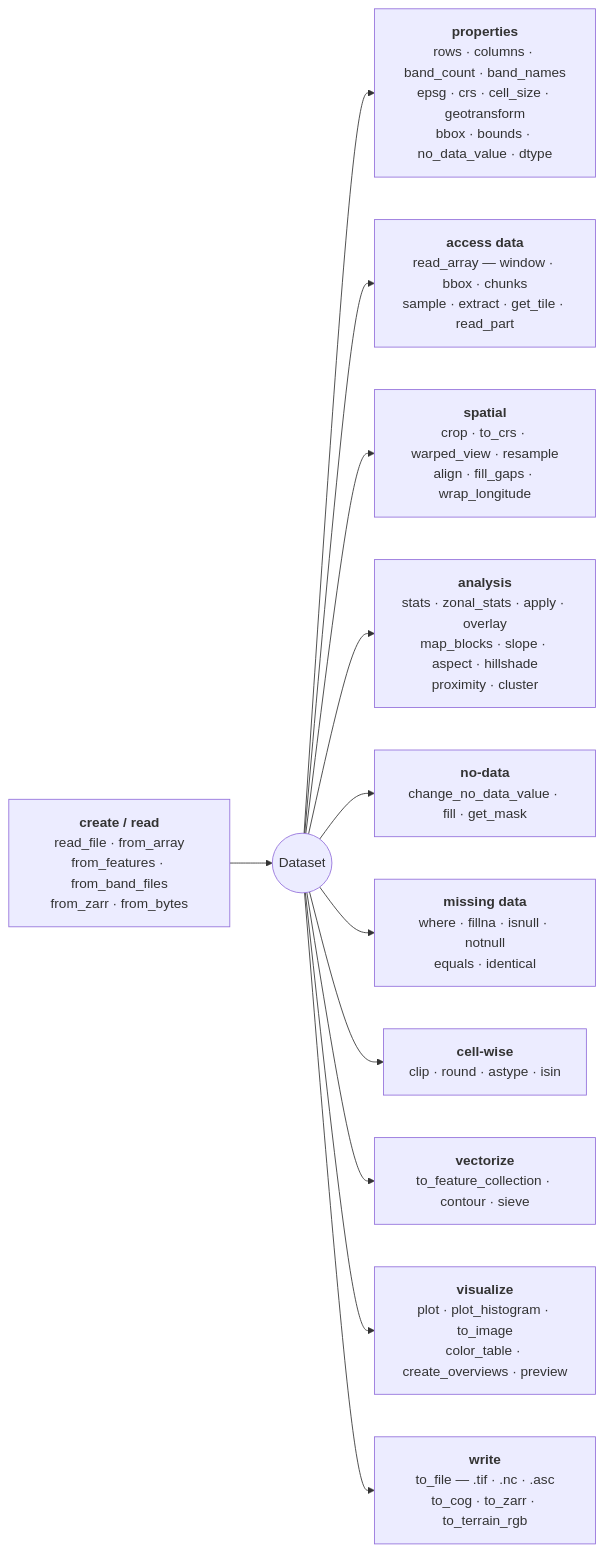
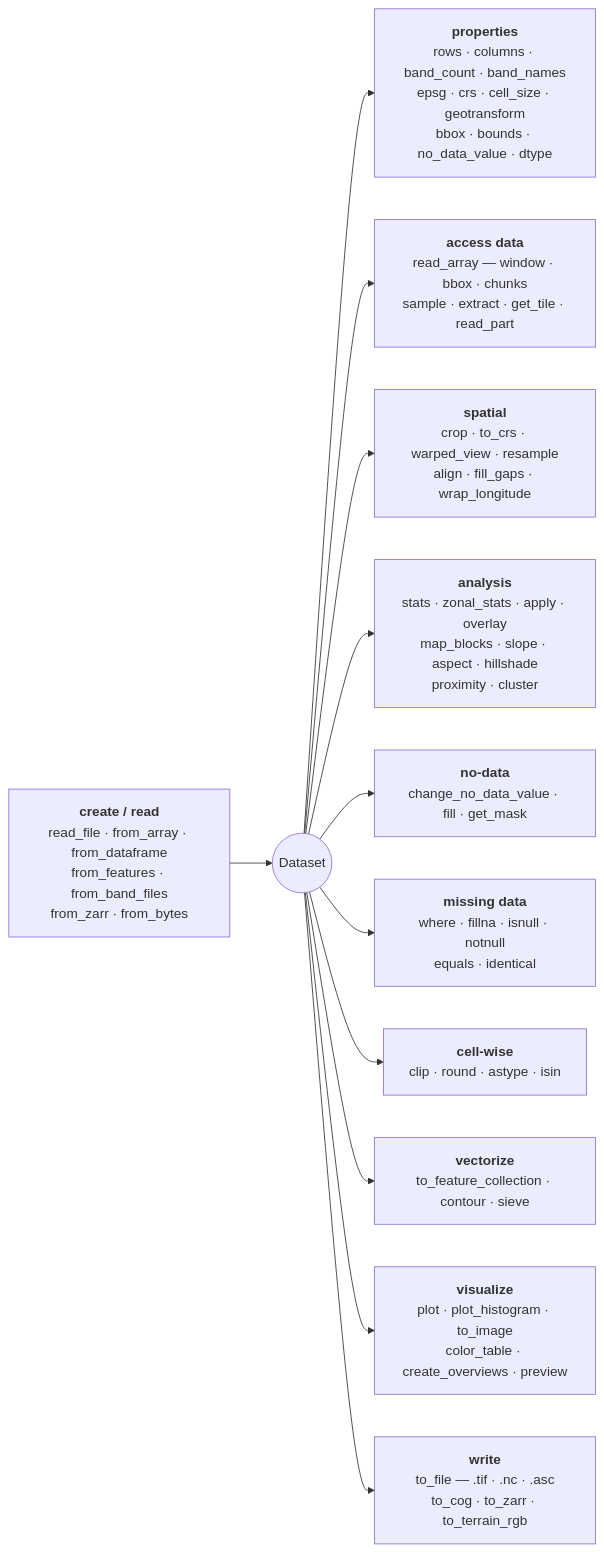
Before and after one commit to serapeum-org/pyramids: the first of 4 diagrams in docs/reference/dataset/index.md, drawn with Mermaid. The commit also changed other lines of this file and 4 other files, not shown here.

First line of the commit message:
feat(dataset): add to_dataframe and from_dataframe with shared grid helpers

````diff
--- a/docs/reference/dataset/index.md
+++ b/docs/reference/dataset/index.md
@@ -5,15 +5,15 @@
 ```mermaid
 flowchart LR
-    CR["<b>create / read</b><br/>read_file · from_array<br/>from_features · from_band_files<br/>from_zarr · from_bytes"] --> DS(("Dataset"))
+    CR["<b>create / read</b><br/>read_file · from_array · from_dataframe<br/>from_features · from_band_files<br/>from_zarr · from_bytes"] --> DS(("Dataset"))
 
     DS --> PR["<b>properties</b><br/>rows · columns · band_count · band_names<br/>epsg · crs · cell_size · geotransform<br/>bbox · bounds · no_data_value · dtype"]
     DS --> AC["<b>access data</b><br/>read_array — window · bbox · chunks<br/>sample · extract · get_tile · read_part"]
     DS --> SP["<b>spatial</b><br/>crop · to_crs · warped_view · resample<br/>align · fill_gaps · wrap_longitude"]
     DS --> AN["<b>analysis</b><br/>stats · zonal_stats · apply · overlay<br/>map_blocks · slope · aspect · hillshade<br/>proximity · cluster"]
     DS --> ND["<b>no-data</b><br/>change_no_data_value · fill · get_mask"]
     DS --> MD["<b>missing data</b><br/>where · fillna · isnull · notnull<br/>equals · identical"]
     DS --> CW["<b>cell-wise</b><br/>clip · round · astype · isin"]
     DS --> VE["<b>vectorize</b><br/>to_feature_collection · contour · sieve"]
     DS --> VI["<b>visualize</b><br/>plot · plot_histogram · to_image<br/>color_table · create_overviews · preview"]
     DS --> WR["<b>write</b><br/>to_file — .tif · .nc · .asc<br/>to_cog · to_zarr · to_terrain_rgb"]
 ```
````
